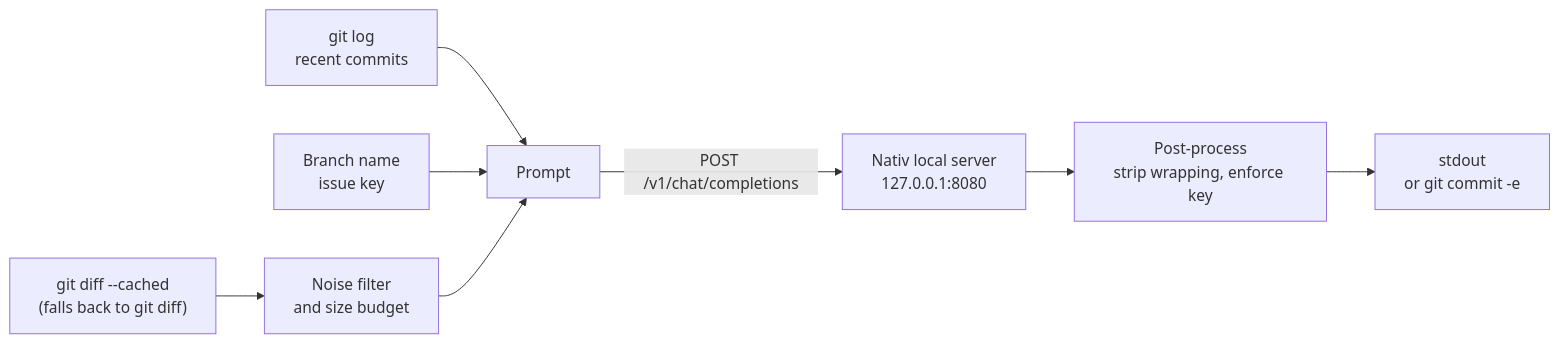
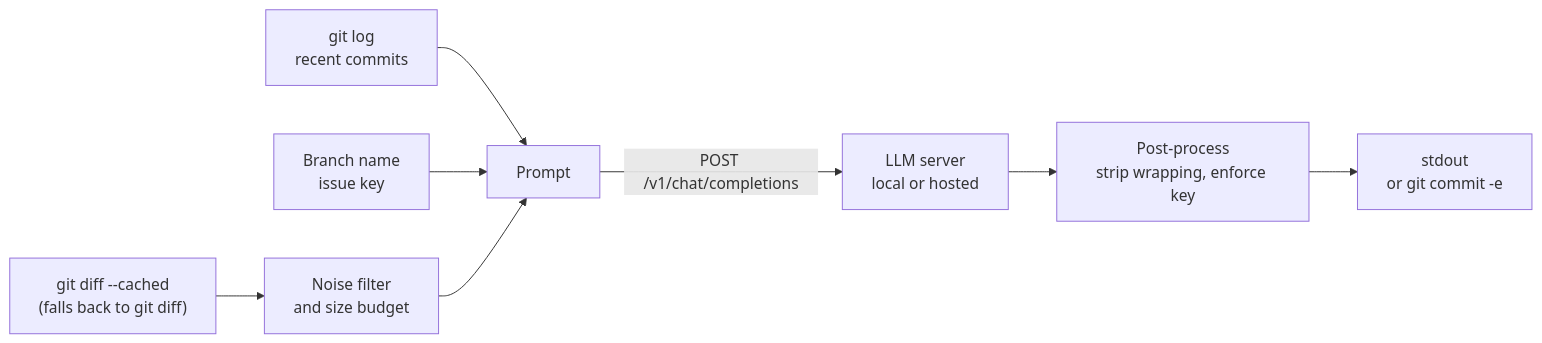
Before and after one commit to lizen/gitmsg: the diagram in README.md, drawn with Mermaid. The commit also changed other lines of this file and 5 other files, not shown here.

````diff
--- a/README.md
+++ b/README.md
@@ -43,10 +44,10 @@
 ```mermaid
 flowchart LR
     A["git diff --cached<br/>(falls back to git diff)"] --> B["Noise filter<br/>and size budget"]
     H["git log<br/>recent commits"] --> C["Prompt"]
     I["Branch name<br/>issue key"] --> C
     B --> C
-    C -->|"POST /v1/chat/completions"| D["Nativ local server<br/>127.0.0.1:8080"]
+    C -->|"POST /v1/chat/completions"| D["LLM server<br/>local or hosted"]
     D --> E["Post-process<br/>strip wrapping, enforce key"]
     E --> F["stdout<br/>or git commit -e"]
 ```
````
